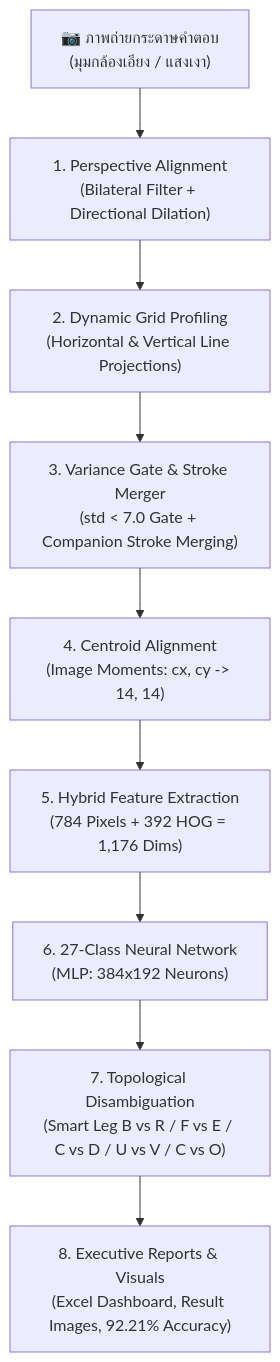
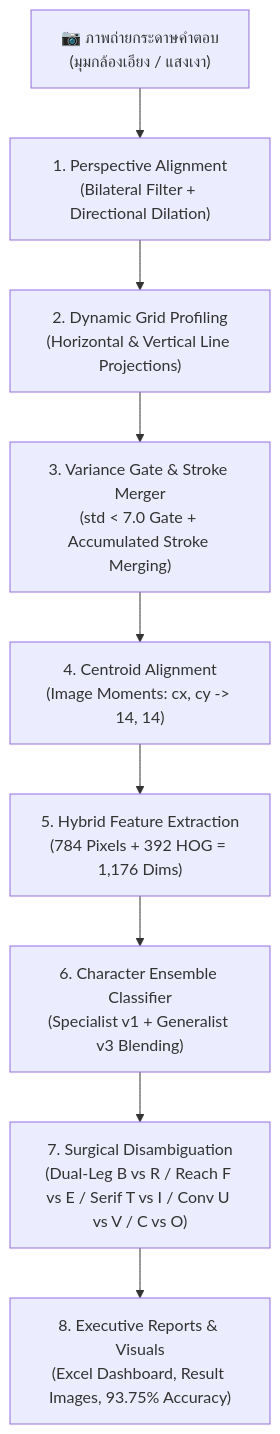
Before and after one commit to 67160213-ux/Project_CV: the diagram in howtodo.md, drawn with Mermaid. The commit also changed other lines of this file and 2 other files, not shown here.

````diff
--- a/howtodo.md
+++ b/howtodo.md
@@ -36,11 +36,11 @@
 ```mermaid
 graph TD
     A["📷 ภาพถ่ายกระดาษคำตอบ<br/>(มุมกล้องเอียง / แสงเงา)"] --> B["1. Perspective Alignment<br/>(Bilateral Filter + Directional Dilation)"]
     B --> C["2. Dynamic Grid Profiling<br/>(Horizontal & Vertical Line Projections)"]
-    C --> D["3. Variance Gate & Stroke Merger<br/>(std < 7.0 Gate + Companion Stroke Merging)"]
+    C --> D["3. Variance Gate & Stroke Merger<br/>(std < 7.0 Gate + Accumulated Stroke Merging)"]
     D --> E["4. Centroid Alignment<br/>(Image Moments: cx, cy -> 14, 14)"]
     E --> F["5. Hybrid Feature Extraction<br/>(784 Pixels + 392 HOG = 1,176 Dims)"]
-    F --> G["6. 27-Class Neural Network<br/>(MLP: 384x192 Neurons)"]
-    G --> H["7. Topological Disambiguation<br/>(Smart Leg B vs R / F vs E / C vs D / U vs V / C vs O)"]
-    H --> I["8. Executive Reports & Visuals<br/>(Excel Dashboard, Result Images, 92.21% Accuracy)"]
+    F --> G["6. Character Ensemble Classifier<br/>(Specialist v1 + Generalist v3 Blending)"]
+    G --> H["7. Surgical Disambiguation<br/>(Dual-Leg B vs R / Reach F vs E / Serif T vs I / Conv U vs V / C vs O)"]
+    H --> I["8. Executive Reports & Visuals<br/>(Excel Dashboard, Result Images, 93.75% Accuracy)"]
 ```
````
